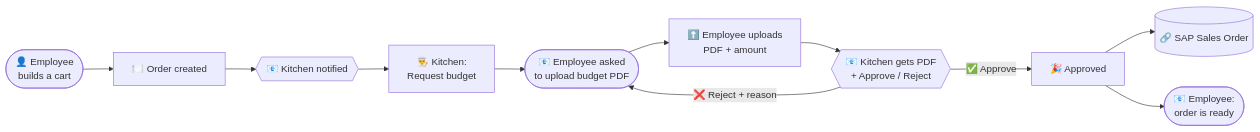
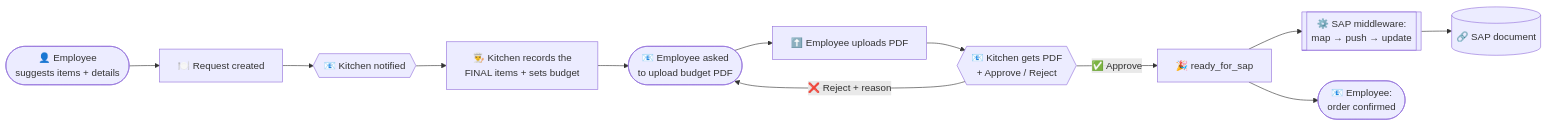
Before and after one commit to Moataz-Elmesmary/EFB-Meals: the first of 2 diagrams in README.md, drawn with Mermaid. The commit also changed other lines of this file and 1 other file, not shown here.

````diff
--- a/README.md
+++ b/README.md
@@ -57,13 +59,14 @@
 ```mermaid
 flowchart LR
-    A([👤 Employee<br/>builds a cart]) --> B[🍽️ Order created]
+    A([👤 Employee<br/>suggests items + details]) --> B[🍽️ Request created]
     B --> C{{📧 Kitchen notified}}
-    C --> D[👨‍🍳 Kitchen:<br/>Request budget]
+    C --> D[👨‍🍳 Kitchen records the<br/>FINAL items + sets budget]
     D --> E([📧 Employee asked<br/>to upload budget PDF])
-    E --> F[⬆️ Employee uploads<br/>PDF + amount]
+    E --> F[⬆️ Employee uploads PDF]
     F --> G{{📧 Kitchen gets PDF<br/>+ Approve / Reject}}
-    G -->|✅ Approve| H[🎉 Approved]
+    G -->|✅ Approve| H[🎉 ready_for_sap]
     G -->|❌ Reject + reason| E
-    H --> I[(🔗 SAP Sales Order)]
-    H --> J([📧 Employee:<br/>order is ready])
+    H --> M[[⚙️ SAP middleware:<br/>map → push → update]]
+    M --> I[(🔗 SAP document)]
+    H --> J([📧 Employee:<br/>order confirmed])
 ```
````
